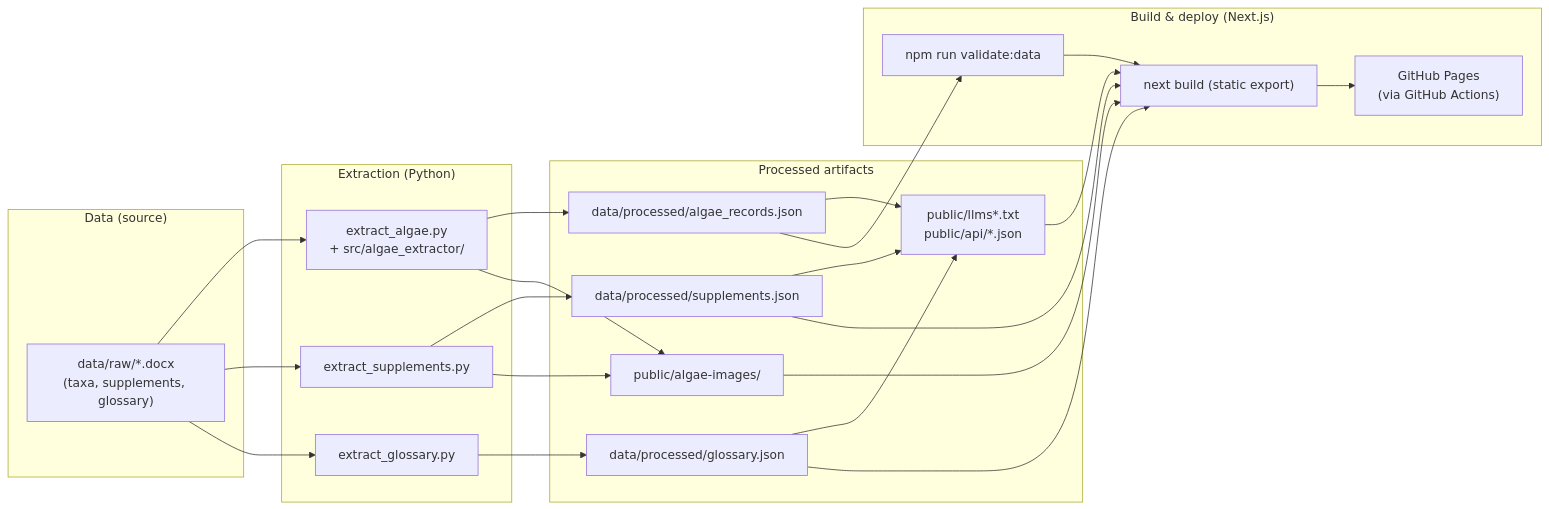
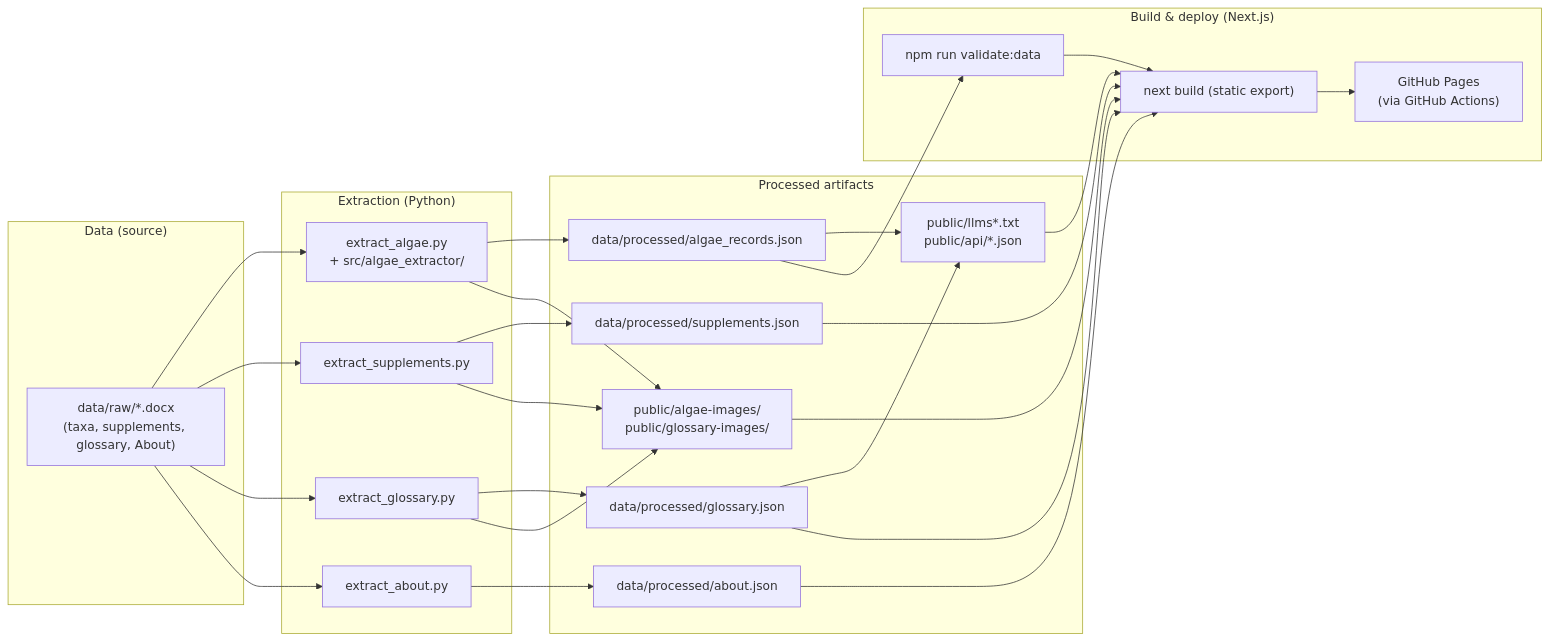
The diagram in docs/MAINTENANCE.md (galcohensius/kinneret-algae-atlas), drawn with Mermaid before and after one commit. The commit also changed other lines of this file and 6 other files, not shown here.

````diff
--- a/docs/MAINTENANCE.md
+++ b/docs/MAINTENANCE.md
@@ -8,40 +8,44 @@
 ```mermaid
 flowchart LR
   subgraph Data["Data (source)"]
-    docx["data/raw/*.docx<br/>(taxa, supplements, glossary)"]
+    docx["data/raw/*.docx<br/>(taxa, supplements, glossary, About)"]
   end
 
   subgraph Extract["Extraction (Python)"]
     algae["extract_algae.py<br/>+ src/algae_extractor/"]
     suppl["extract_supplements.py"]
     gloss["extract_glossary.py"]
+    about["extract_about.py"]
   end
 
   subgraph Processed["Processed artifacts"]
     json["data/processed/algae_records.json"]
     gjson["data/processed/glossary.json"]
     sjson["data/processed/supplements.json"]
-    imgs["public/algae-images/"]
+    ajson["data/processed/about.json"]
+    imgs["public/algae-images/<br/>public/glossary-images/"]
     llms["public/llms*.txt<br/>public/api/*.json"]
   end
 
   subgraph Build["Build & deploy (Next.js)"]
     validate["npm run validate:data"]
     next["next build (static export)"]
     pages["GitHub Pages<br/>(via GitHub Actions)"]
   end
 
   docx --> algae --> json
   docx --> suppl --> sjson
   docx --> gloss --> gjson
+  docx --> about --> ajson
   algae --> imgs
   suppl --> imgs
+  gloss --> imgs
   json --> llms
   gjson --> llms
-  sjson --> llms
   json --> validate --> next --> pages
   gjson --> next
   sjson --> next
+  ajson --> next
   llms --> next
   imgs --> next
 ```
````
